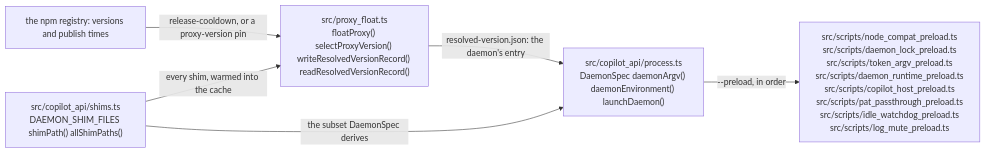
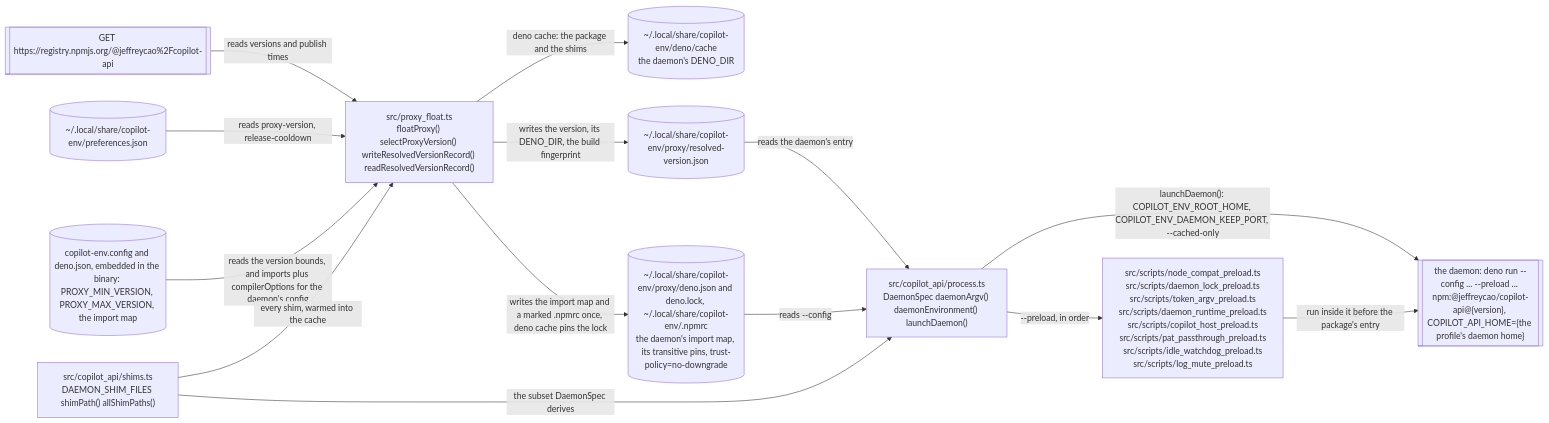
Before and after one commit to Vivswan/copilot-env: the fourth of 8 diagrams in docs/architecture.md, drawn with Mermaid. The commit also changed other lines of this file and 7 other files, not shown here.

Commit message:
docs: start every architecture diagram at what it reads and end at what it writes; group the site sidebar (#271)

````diff
--- a/docs/architecture.md
+++ b/docs/architecture.md
@@ -78,13 +129,27 @@
 ```mermaid
 flowchart LR
-  registry["the npm registry: versions and publish times"]
+  registry[["GET https://registry.npmjs.org/@jeffreycao%2Fcopilot-api"]]
+  prefs[("~/.local/share/copilot-env/preferences.json")]
   float["src/proxy_float.ts<br>floatProxy() selectProxyVersion() writeResolvedVersionRecord() readResolvedVersionRecord()"]
   shims["src/copilot_api/shims.ts<br>DAEMON_SHIM_FILES shimPath() allShimPaths()"]
   spawn["src/copilot_api/process.ts<br>DaemonSpec daemonArgv() daemonEnvironment() launchDaemon()"]
   preloads["src/scripts/node_compat_preload.ts<br>src/scripts/daemon_lock_preload.ts<br>src/scripts/token_argv_preload.ts<br>src/scripts/daemon_runtime_preload.ts<br>src/scripts/copilot_host_preload.ts<br>src/scripts/pat_passthrough_preload.ts<br>src/scripts/idle_watchdog_preload.ts<br>src/scripts/log_mute_preload.ts"]
-  registry -->|"release-cooldown, or a proxy-version pin"| float
+  cache[("~/.local/share/copilot-env/deno/cache<br>the daemon's DENO_DIR")]
+  record[("~/.local/share/copilot-env/proxy/resolved-version.json")]
+  pcfg[("copilot-env.config and deno.json, embedded in the binary: PROXY_MIN_VERSION, PROXY_MAX_VERSION, the import map")]
+  dcfg[("~/.local/share/copilot-env/proxy/deno.json and deno.lock, ~/.local/share/copilot-env/.npmrc<br>the daemon's import map, its transitive pins, trust-policy=no-downgrade")]
+  daemonproc[["the daemon: deno run --config ... --preload ... npm:@jeffreycao/copilot-api@{version}, COPILOT_API_HOME={the profile's daemon home}"]]
+  registry -->|"reads versions and publish times"| float
+  prefs -->|"reads proxy-version, release-cooldown"| float
+  pcfg -->|"reads the version bounds, and imports plus compilerOptions for the daemon's config"| float
   shims -->|"every shim, warmed into the cache"| float
-  float -->|"resolved-version.json: the daemon's entry"| spawn
+  float -->|"writes the import map and a marked .npmrc once, deno cache pins the lock"| dcfg
+  float -->|"deno cache: the package and the shims"| cache
+  float -->|"writes the version, its DENO_DIR, the build fingerprint"| record
+  record -->|"reads the daemon's entry"| spawn
+  dcfg -->|"reads --config"| spawn
   shims -->|"the subset DaemonSpec derives"| spawn
   spawn -->|"--preload, in order"| preloads
+  spawn -->|"launchDaemon(): COPILOT_ENV_ROOT_HOME, COPILOT_ENV_DAEMON_KEEP_PORT, --cached-only"| daemonproc
+  preloads -->|"run inside it before the package's entry"| daemonproc
 ```
````
